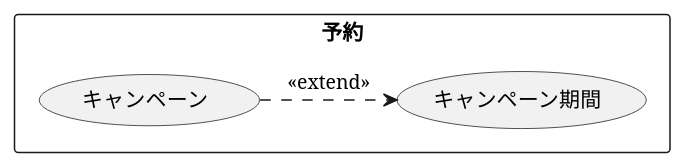
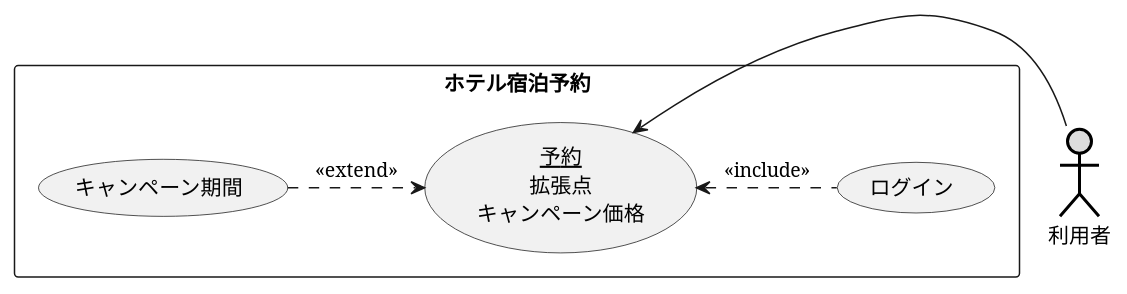
Before and after one commit to Tomok1w/uml-introduction: the diagram in 演習2-4_キャンペーン中のホテル宿泊予約.pu, drawn with PlantUML. The commit also changed 3 other files, not shown here.

```diff
--- a/演習2-4_キャンペーン中のホテル宿泊予約.pu
+++ b/演習2-4_キャンペーン中のホテル宿泊予約.pu
@@ -1,7 +1,11 @@
-@startuml キャンペーン
-rectangle 予約 {
-usecase キャンペーン期間
-usecase キャンペーン
-}
-キャンペーン .> キャンペーン期間 : << extend >>
+@startuml 2-4
+    actor 利用者  #DDDDDD;line:black;line.bold;
+    rectangle ホテル宿泊予約{
+    usecase ログイン
+    usecase キャンペーン期間
+    usecase (<u>予約</u>\n拡張点\nキャンペーン価格) as input
+    }
+    input <. ログイン : <<include>>
+    利用者 -> input
+    キャンペーン期間 .> (input) : <<extend>>
 @enduml
```
